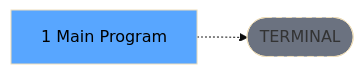
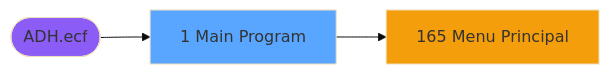
Before and after one commit to thonyAGP/magic-migration: the second of 3 diagrams in .openspec/specs/ADH-IDE-1.md, drawn with Mermaid (base theme). The commit also changed other lines of this file and 179 other files, not shown here.

````diff
--- a/.openspec/specs/ADH-IDE-1.md
+++ b/.openspec/specs/ADH-IDE-1.md
@@ -136,8 +203,10 @@
 ```mermaid
 graph LR
-    T[1 Main Program]
-    TERM([TERMINAL])
-    T -.-> TERM
-    style TERM fill:#6b7280,stroke-dasharray: 5 5
-    style T fill:#58a6ff,color:#000
+    APP([ADH.ecf])
+    MAIN[1 Main Program]
+    MENU[165 Menu Principal]
+    APP --> MAIN --> MENU
+    style APP fill:#8b5cf6
+    style MAIN fill:#58a6ff
+    style MENU fill:#f59e0b
 ```
````
